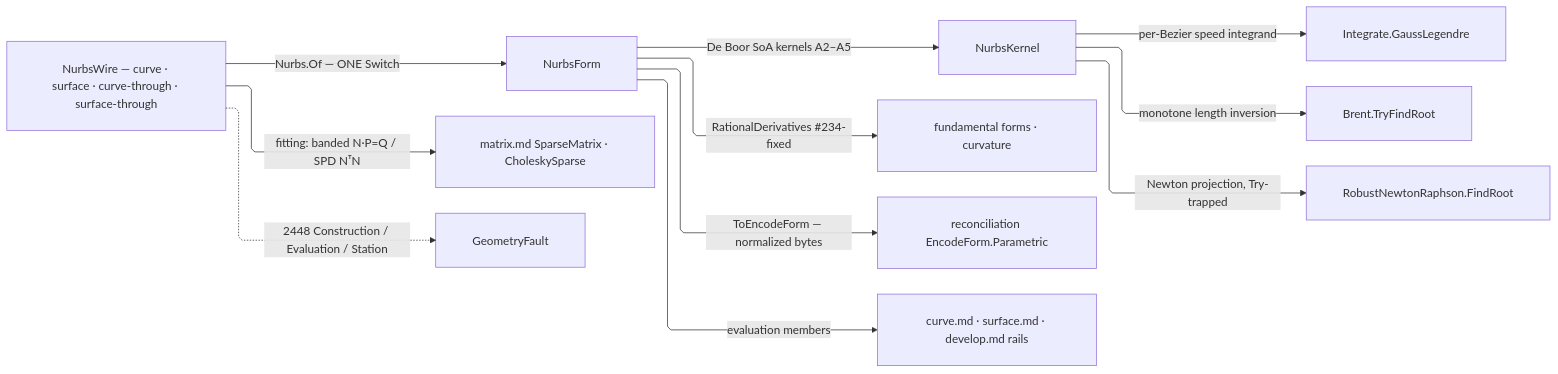
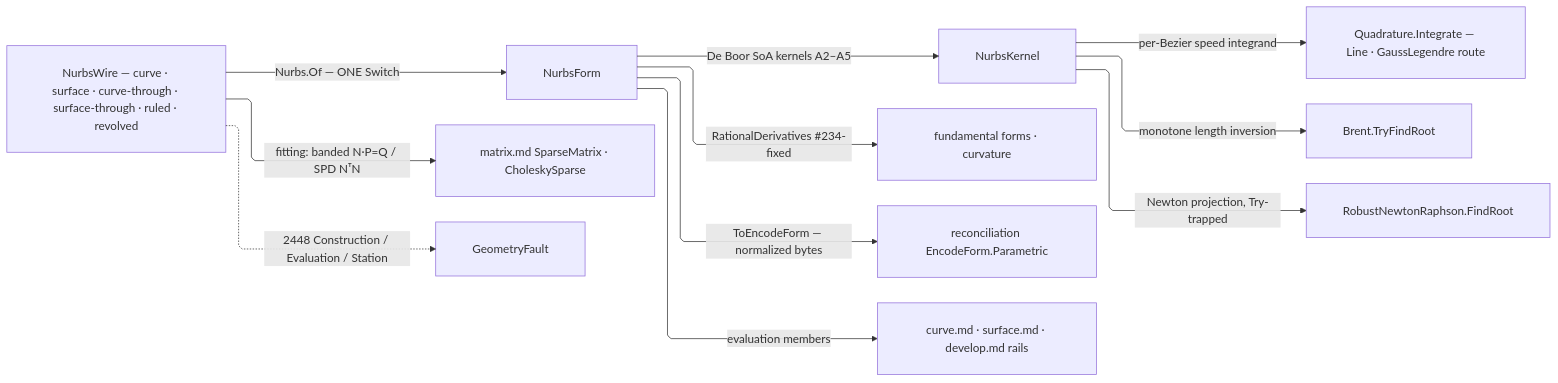
The diagram in libs/csharp/Rasm/.planning/Parametric/nurbs.md (bsamiee/Rasm), drawn with Mermaid before and after one commit. The commit also changed other lines of this file and 693 other files, not shown here.

````diff
--- a/libs/csharp/Rasm/.planning/Parametric/nurbs.md
+++ b/libs/csharp/Rasm/.planning/Parametric/nurbs.md
@@ -400,20 +469,22 @@
 ```mermaid
 ---
 config:
   layout: elk
   flowchart:
     curve: linear
     padding: 25
 ---
 flowchart LR
-    Wire["NurbsWire — curve · surface · curve-through · surface-through"] -->|"Nurbs.Of — ONE Switch"| NurbsForm
+    accTitle: NURBS engine admission and evaluation flow
+    accDescr: NurbsWire shapes fold through Nurbs.Of into NurbsForm carriers; De Boor kernels serve evaluation, quadrature rides the kernel Quadrature owner, inversion rides MathNet, and identity leaves through EncodeForm.
+    Wire["NurbsWire — curve · surface · curve-through · surface-through · ruled · revolved"] -->|"Nurbs.Of — ONE Switch"| NurbsForm
     Wire -->|"fitting: banded N·P=Q / SPD NᵀN"| Matrix["matrix.md SparseMatrix · CholeskySparse"]
     NurbsForm -->|"De Boor SoA kernels A2–A5"| NurbsKernel
-    NurbsKernel -->|"per-Bezier speed integrand"| GaussLegendre["Integrate.GaussLegendre"]
+    NurbsKernel -->|"per-Bezier speed integrand"| Quadrature["Quadrature.Integrate — Line · GaussLegendre route"]
     NurbsKernel -->|"monotone length inversion"| Brent["Brent.TryFindRoot"]
     NurbsKernel -->|"Newton projection, Try-trapped"| Newton["RobustNewtonRaphson.FindRoot"]
     NurbsForm -->|"RationalDerivatives #234-fixed"| Forms["fundamental forms · curvature"]
     NurbsForm -->|"ToEncodeForm — normalized bytes"| EncodeForm["reconciliation EncodeForm.Parametric"]
     NurbsForm -->|"evaluation members"| Consumers["curve.md · surface.md · develop.md rails"]
     Wire -.->|"2448 Construction / Evaluation / Station"| GeometryFault
 ```
````
